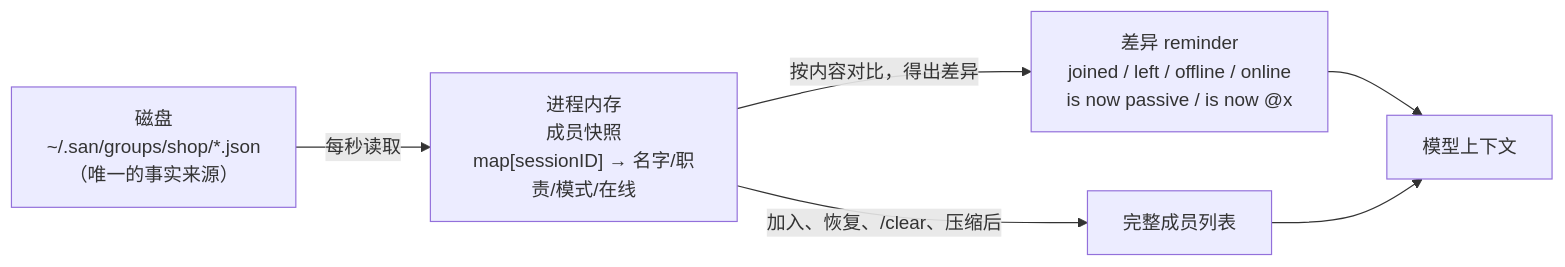
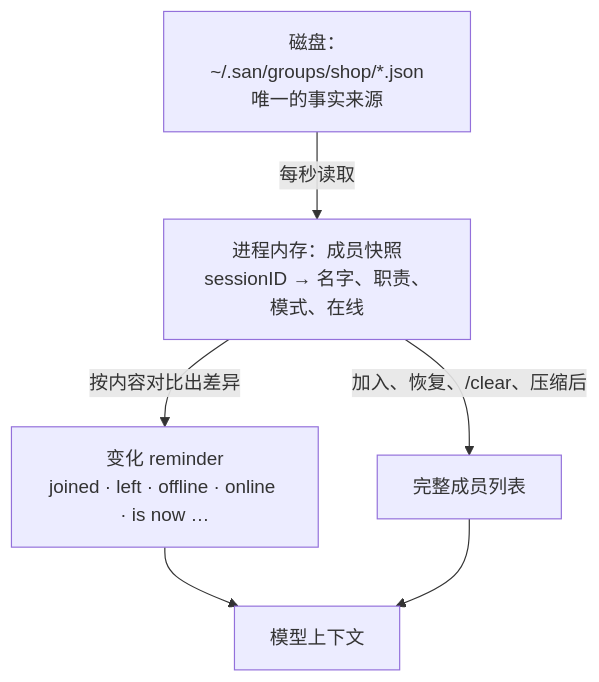
Before and after one commit to genai-io/san: the third of 5 diagrams in docs/design/proposals/0003-session-groups.zh.md, drawn with Mermaid. The commit also changed other lines of this file and 1 other file, not shown here.

Commit message:
docs(design): PROP-0003 — clearer passive and roster diagrams
The passive diagram drew SendMessage's result as coming from @migrate, as
if it had replied; it now comes from the inbox write, and @migrate is shown
polling. The roster flowchart runs top to bottom so its labels fit.

````diff
--- a/docs/design/proposals/0003-session-groups.zh.md
+++ b/docs/design/proposals/0003-session-groups.zh.md
@@ -217,7 +219,8 @@
 ```mermaid
-flowchart LR
-    D["磁盘<br/>~/.san/groups/shop/*.json<br/>（唯一的事实来源）"] -->|每秒读取| S["进程内存<br/>成员快照<br/>map[sessionID] → 名字/职责/模式/在线"]
-    S -->|按内容对比，得出差异| R["差异 reminder<br/>joined / left / offline / online<br/>is now passive / is now @x"]
+flowchart TB
+    D["磁盘：~/.san/groups/shop/*.json<br/>唯一的事实来源"] -->|每秒读取| S["进程内存：成员快照<br/>sessionID → 名字、职责、模式、在线"]
+    S -->|按内容对比出差异| R["变化 reminder<br/>joined · left · offline · online · is now …"]
+    S -->|加入、恢复、/clear、压缩后| F["完整成员列表"]
     R --> M["模型上下文"]
-    S -->|加入、恢复、/clear、压缩后| F["完整成员列表"] --> M
+    F --> M
 ```
````
